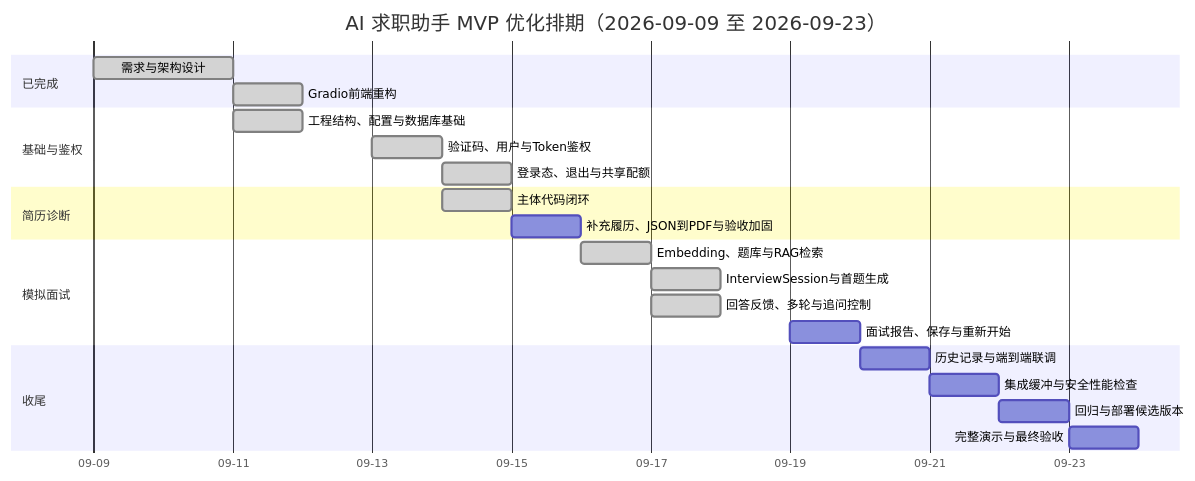
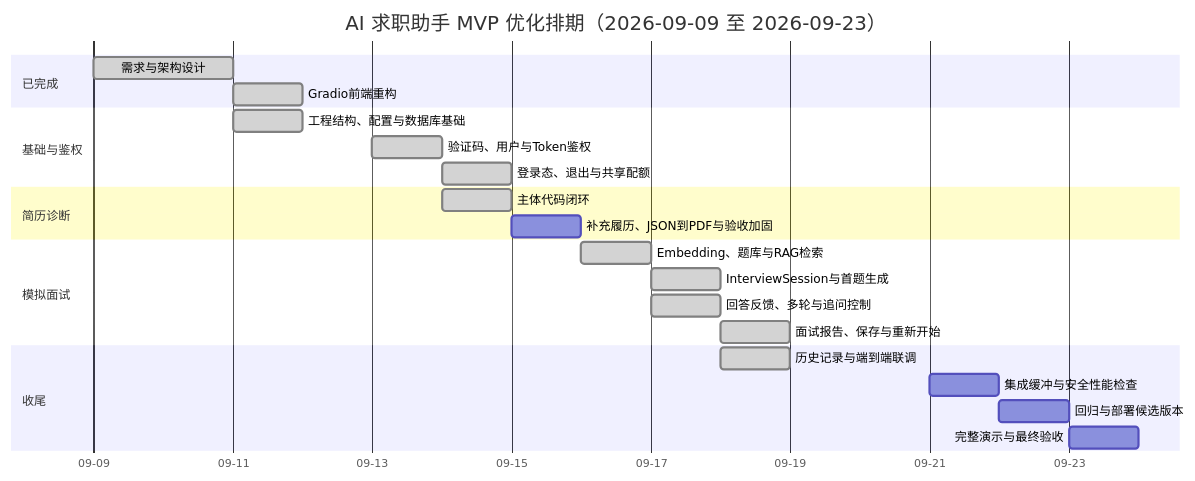
Before and after one commit to WwwwwHM/PBL_jobs-finder: the first of 2 diagrams in 项目排期.md, drawn with Mermaid. The commit also changed other lines of this file and 7 other files, not shown here.

````diff
--- a/项目排期.md
+++ b/项目排期.md
@@ -85,31 +85,31 @@
 ```mermaid
 gantt
     title AI 求职助手 MVP 优化排期（2026-09-09 至 2026-09-23）
     dateFormat YYYY-MM-DD
     axisFormat %m-%d
 
     section 已完成
     需求与架构设计                 :done, a1, 2026-09-09, 2d
     Gradio前端重构                 :done, a2, 2026-09-11, 1d
 
     section 基础与鉴权
     工程结构、配置与数据库基础      :done, b1, 2026-09-11, 1d
     验证码、用户与Token鉴权         :done, b2, 2026-09-13, 1d
     登录态、退出与共享配额          :done, b3, 2026-09-14, 1d
 
     section 简历诊断
     主体代码闭环                   :done, c0, 2026-09-14, 1d
     补充履历、JSON到PDF与验收加固     :c1, 2026-09-15, 1d
 
     section 模拟面试
     Embedding、题库与RAG检索        :done, d1, 2026-09-16, 1d
     InterviewSession与首题生成      :done, d2, 2026-09-17, 1d
     回答反馈、多轮与追问控制         :done, d3, 2026-09-17, 1d
-    面试报告、保存与重新开始         :d4, 2026-09-19, 1d
+    面试报告、保存与重新开始         :done, d4, 2026-09-18, 1d
 
     section 收尾
-    历史记录与端到端联调             :e1, 2026-09-20, 1d
+    历史记录与端到端联调             :done, e1, 2026-09-18, 1d
     集成缓冲与安全性能检查           :e2, 2026-09-21, 1d
     回归与部署候选版本               :e3, 2026-09-22, 1d
     完整演示与最终验收               :e4, 2026-09-23, 1d
 ```
````
